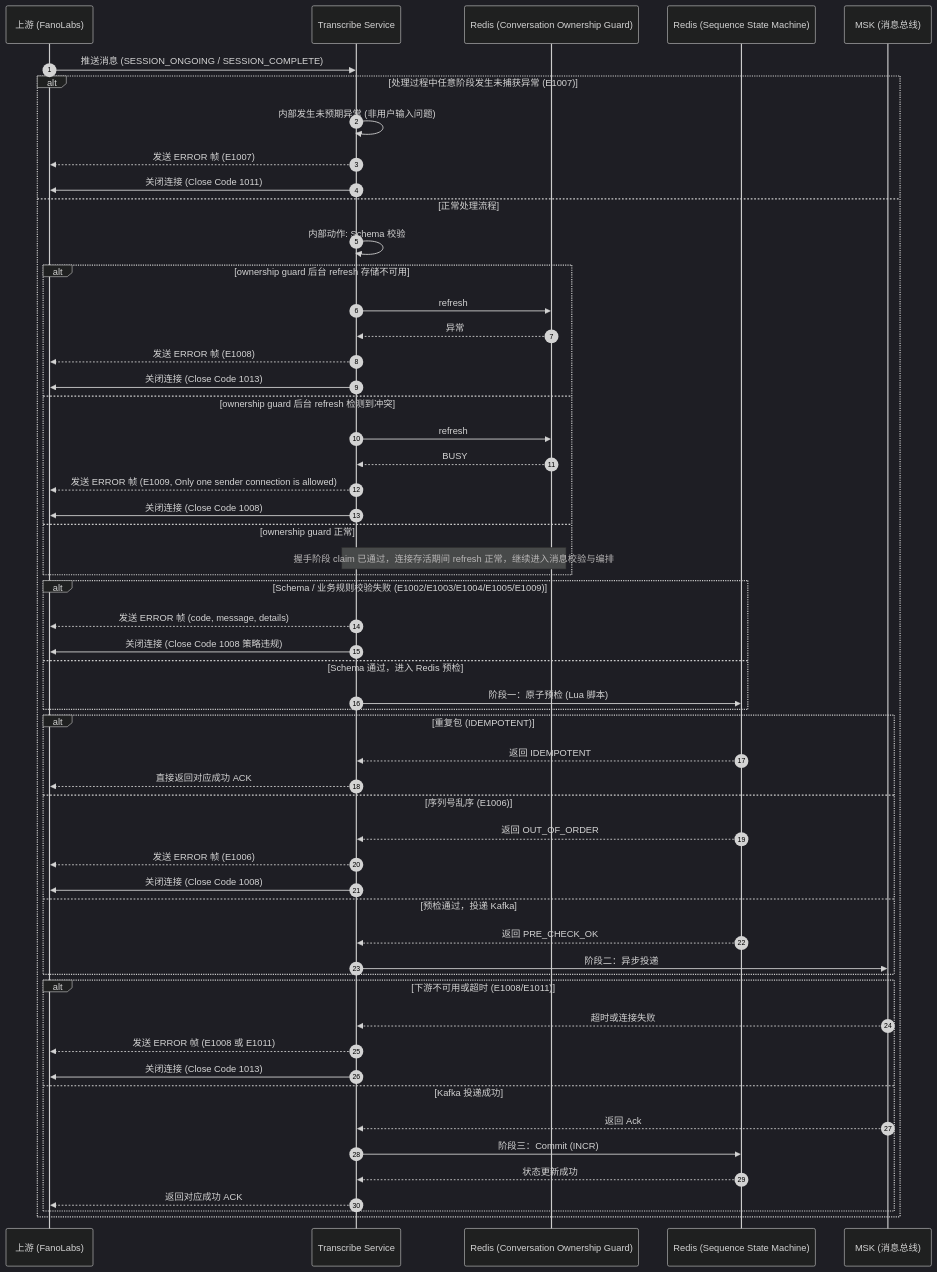
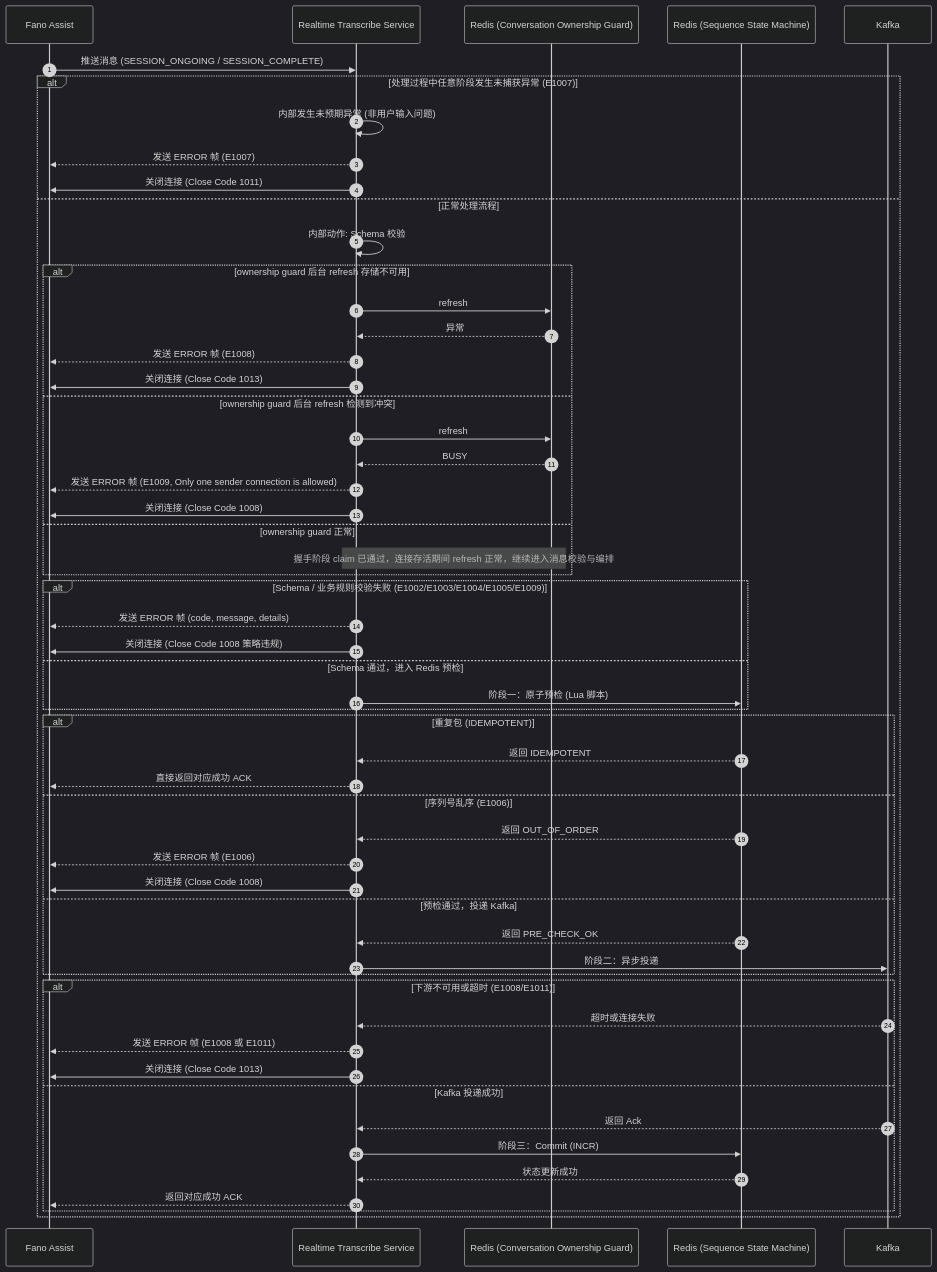
The fifth of 6 diagrams in design/application-design_zh.md (xiaodouya001/transcribe_service), drawn with Mermaid (dark theme) before and after one commit. The commit also changed other lines of this file and 63 other files, not shown here.

Commit message:
Rename package and align Realtime Transcribe Service naming

````diff
--- a/design/application-design_zh.md
+++ b/design/application-design_zh.md
@@ -223,63 +223,62 @@
 ```mermaid
 sequenceDiagram
     autonumber
-    participant Vendor as 上游 (FanoLabs)
-    participant Trans as Transcribe Service
+    participant Upstream as Fano Assist
+    participant Trans as Realtime Transcribe Service
     participant RedisOwnership as Redis (Conversation Ownership Guard)
     participant RedisState as Redis (Sequence State Machine)
-    participant Kafka as MSK (消息总线)
-
-    Vendor->>Trans: 推送消息 (SESSION_ONGOING / SESSION_COMPLETE)
+    participant Kafka as Kafka
+    Upstream->>Trans: 推送消息 (SESSION_ONGOING / SESSION_COMPLETE)
 
         alt 处理过程中任意阶段发生未捕获异常 (E1007)
             Trans->>Trans: 内部发生未预期异常 (非用户输入问题)
-            Trans-->>Vendor: 发送 ERROR 帧 (E1007)
-            Trans->>Vendor: 关闭连接 (Close Code 1011)
+            Trans-->>Upstream: 发送 ERROR 帧 (E1007)
+            Trans->>Upstream: 关闭连接 (Close Code 1011)
         else 正常处理流程
             Trans->>Trans: 内部动作: Schema 校验
 
             alt ownership guard 后台 refresh 存储不可用
                 Trans->>RedisOwnership: refresh
                 RedisOwnership-->>Trans: 异常
-                Trans-->>Vendor: 发送 ERROR 帧 (E1008)
-                Trans->>Vendor: 关闭连接 (Close Code 1013)
+                Trans-->>Upstream: 发送 ERROR 帧 (E1008)
+                Trans->>Upstream: 关闭连接 (Close Code 1013)
             else ownership guard 后台 refresh 检测到冲突
                 Trans->>RedisOwnership: refresh
                 RedisOwnership-->>Trans: BUSY
-                Trans-->>Vendor: 发送 ERROR 帧 (E1009, Only one sender connection is allowed)
-                Trans->>Vendor: 关闭连接 (Close Code 1008)
+                Trans-->>Upstream: 发送 ERROR 帧 (E1009, Only one sender connection is allowed)
+                Trans->>Upstream: 关闭连接 (Close Code 1008)
             else ownership guard 正常
                 Note over Trans,RedisOwnership: 握手阶段 claim 已通过，连接存活期间 refresh 正常，继续进入消息校验与编排
             end
 
             alt Schema / 业务规则校验失败 (E1002/E1003/E1004/E1005/E1009)
-                Trans-->>Vendor: 发送 ERROR 帧 (code, message, details)
-                Trans->>Vendor: 关闭连接 (Close Code 1008 策略违规)
+                Trans-->>Upstream: 发送 ERROR 帧 (code, message, details)
+                Trans->>Upstream: 关闭连接 (Close Code 1008 策略违规)
             else Schema 通过，进入 Redis 预检
                 Trans->>RedisState: 阶段一：原子预检 (Lua 脚本)
             end
 
             alt 重复包 (IDEMPOTENT)
                 RedisState-->>Trans: 返回 IDEMPOTENT
-                Trans-->>Vendor: 直接返回对应成功 ACK
+                Trans-->>Upstream: 直接返回对应成功 ACK
             else 序列号乱序 (E1006)
                 RedisState-->>Trans: 返回 OUT_OF_ORDER
-                Trans-->>Vendor: 发送 ERROR 帧 (E1006)
-                Trans->>Vendor: 关闭连接 (Close Code 1008)
+                Trans-->>Upstream: 发送 ERROR 帧 (E1006)
+                Trans->>Upstream: 关闭连接 (Close Code 1008)
             else 预检通过，投递 Kafka
                 RedisState-->>Trans: 返回 PRE_CHECK_OK
                 Trans->>Kafka: 阶段二：异步投递
             end
 
             alt 下游不可用或超时 (E1008/E1011)
                 Kafka-->>Trans: 超时或连接失败
-                Trans-->>Vendor: 发送 ERROR 帧 (E1008 或 E1011)
-                Trans->>Vendor: 关闭连接 (Close Code 1013)
+                Trans-->>Upstream: 发送 ERROR 帧 (E1008 或 E1011)
+                Trans->>Upstream: 关闭连接 (Close Code 1013)
             else Kafka 投递成功
                 Kafka-->>Trans: 返回 Ack
                 Trans->>RedisState: 阶段三：Commit (INCR)
                 RedisState-->>Trans: 状态更新成功
-                Trans-->>Vendor: 返回对应成功 ACK
+                Trans-->>Upstream: 返回对应成功 ACK
             end
         end
 ```
````
